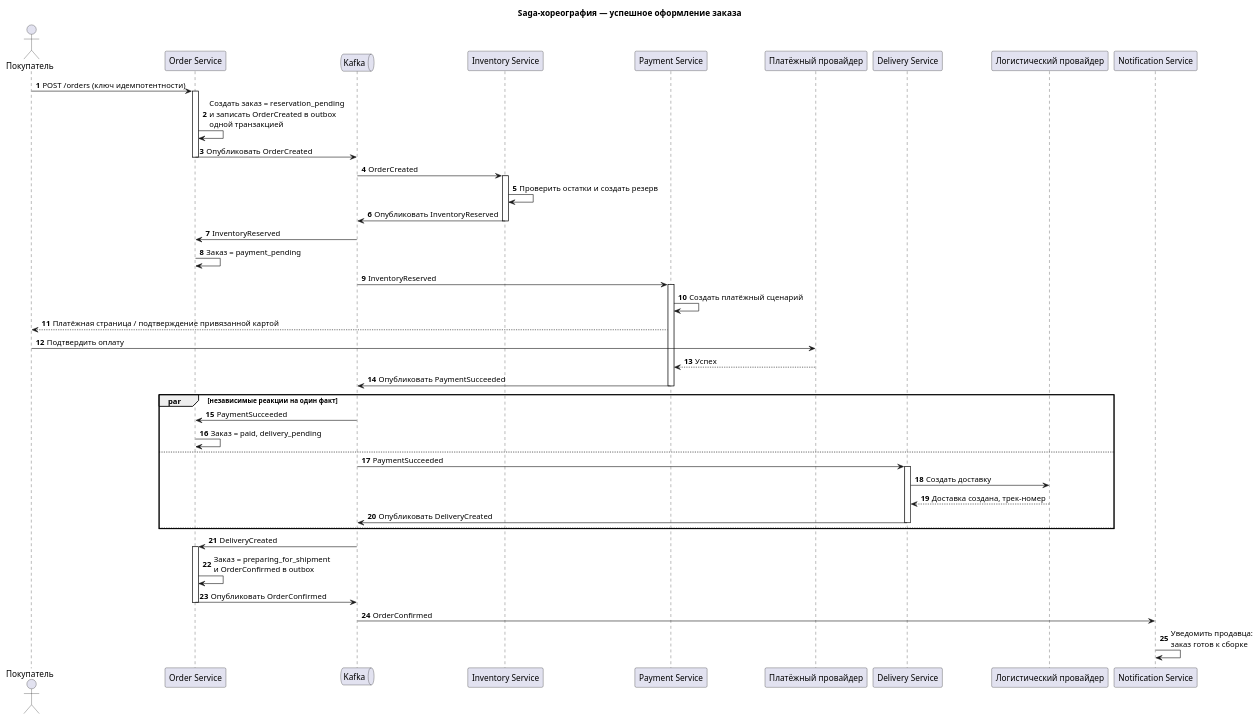
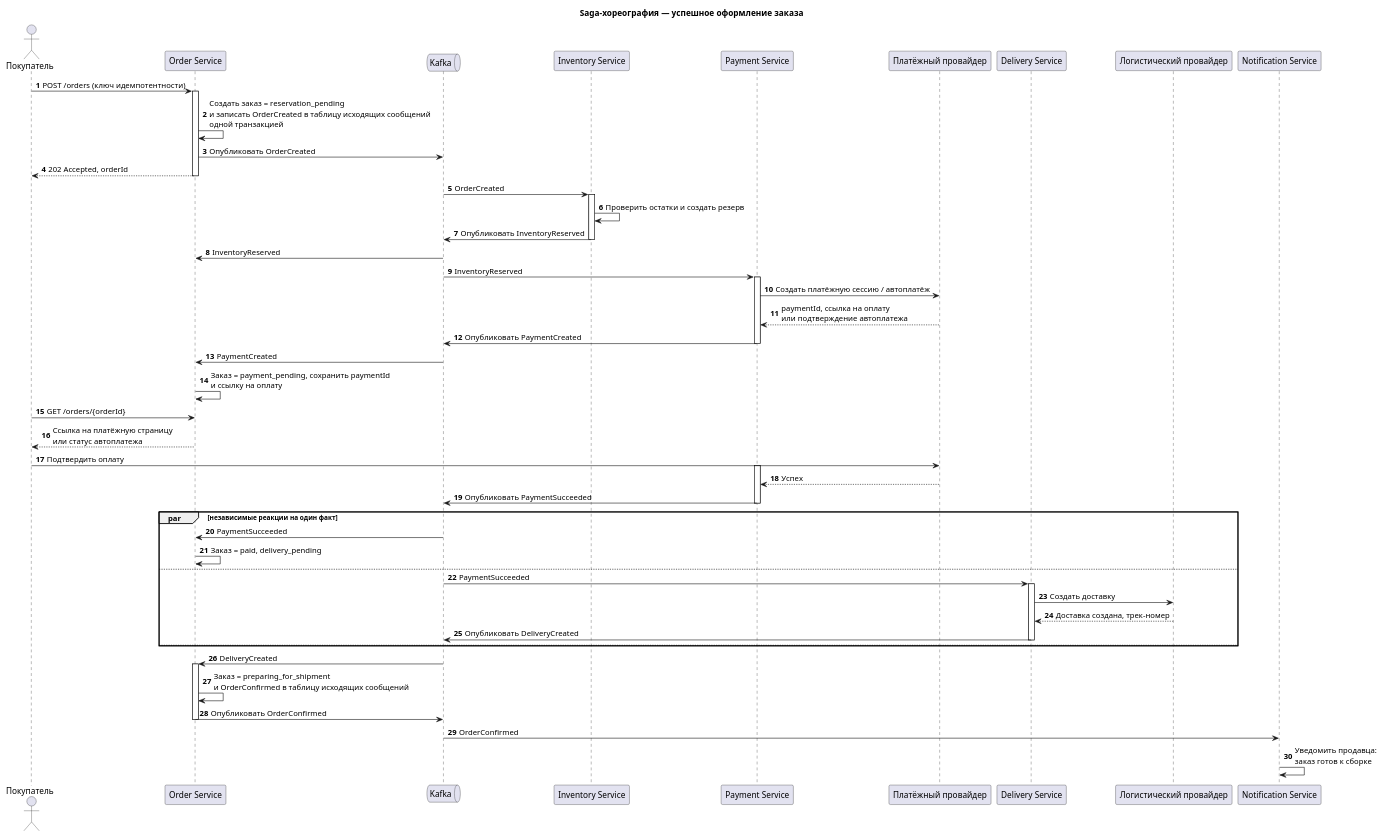
Before and after one commit to FFinn/MSA-3-NovaMarket-v1: the diagram in Task1/saga-success.puml, drawn with PlantUML.

Commit message:
Improve Task1/saga-success.puml: align artifacts with sprint requirements

```diff
--- a/Task1/saga-success.puml
+++ b/Task1/saga-success.puml
@@ -1,54 +1,61 @@
 @startuml
 title Saga-хореография — успешное оформление заказа
 autonumber
 actor "Покупатель" as B
 participant "Order Service" as O
 queue Kafka as K
 participant "Inventory Service" as I
 participant "Payment Service" as P
 participant "Платёжный провайдер" as PP
 participant "Delivery Service" as D
 participant "Логистический провайдер" as LP
 participant "Notification Service" as N
 
 B -> O: POST /orders (ключ идемпотентности)
 activate O
-O -> O: Создать заказ = reservation_pending\nи записать OrderCreated в outbox\nодной транзакцией
+O -> O: Создать заказ = reservation_pending\nи записать OrderCreated в таблицу исходящих сообщений\nодной транзакцией
 O -> K: Опубликовать OrderCreated
+O --> B: 202 Accepted, orderId
 deactivate O
 K -> I: OrderCreated
 activate I
 I -> I: Проверить остатки и создать резерв
 I -> K: Опубликовать InventoryReserved
 deactivate I
 K -> O: InventoryReserved
-O -> O: Заказ = payment_pending
 K -> P: InventoryReserved
 activate P
-P -> P: Создать платёжный сценарий
-P --> B: Платёжная страница / подтверждение привязанной картой
+P -> PP: Создать платёжную сессию / автоплатёж
+PP --> P: paymentId, ссылка на оплату\nили подтверждение автоплатежа
+P -> K: Опубликовать PaymentCreated
+deactivate P
+K -> O: PaymentCreated
+O -> O: Заказ = payment_pending, сохранить paymentId\nи ссылку на оплату
+B -> O: GET /orders/{orderId}
+O --> B: Ссылка на платёжную страницу\nили статус автоплатежа
 B -> PP: Подтвердить оплату
+activate P
 PP --> P: Успех
 P -> K: Опубликовать PaymentSucceeded
 deactivate P
 
 par независимые реакции на один факт
   K -> O: PaymentSucceeded
   O -> O: Заказ = paid, delivery_pending
 else
   K -> D: PaymentSucceeded
   activate D
   D -> LP: Создать доставку
   LP --> D: Доставка создана, трек-номер
   D -> K: Опубликовать DeliveryCreated
   deactivate D
 else
 end
 K -> O: DeliveryCreated
 activate O
-O -> O: Заказ = preparing_for_shipment\nи OrderConfirmed в outbox
+O -> O: Заказ = preparing_for_shipment\nи OrderConfirmed в таблицу исходящих сообщений
 O -> K: Опубликовать OrderConfirmed
 deactivate O
 K -> N: OrderConfirmed
 N -> N: Уведомить продавца:\nзаказ готов к сборке
 @enduml
```
